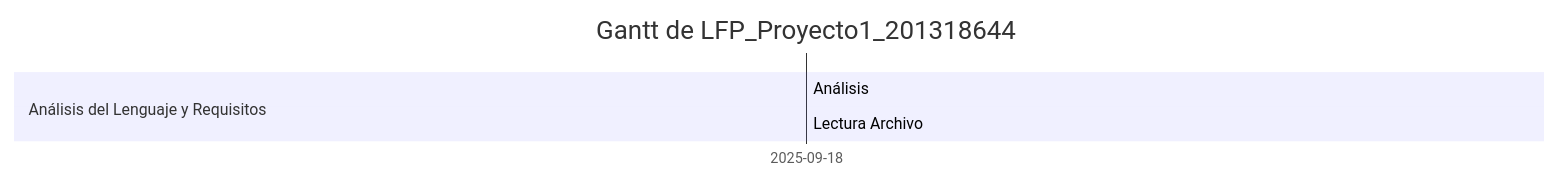
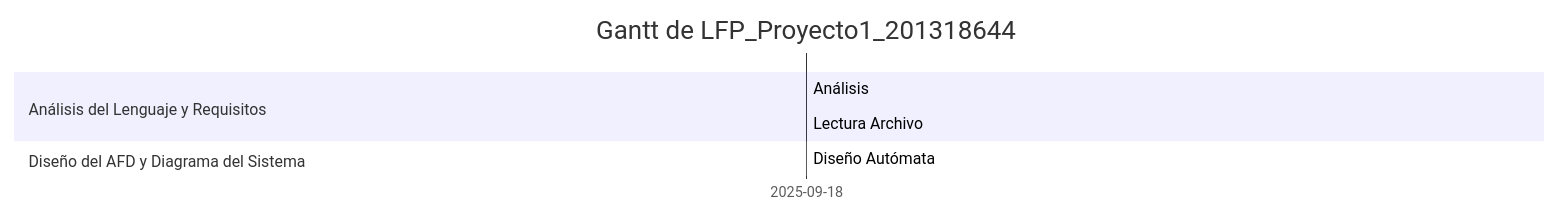
One commit to MynorCifuentes/TourneyJS changed the diagram in docs/gantt.md. Above: the diagram before and after it, drawn with Mermaid.

Commit message:
Actualiza diagrama de Gantt automático

````diff
--- a/docs/gantt.md
+++ b/docs/gantt.md
@@ -1,13 +1,14 @@
 ```mermaid
 gantt
     dateFormat  YYYY-MM-DD
     title Gantt de LFP_Proyecto1_201318644
     excludes    weekends
     section Análisis del Lenguaje y Requisitos
     Análisis :active, 2, 2025-09-18, 2025-09-18
     Lectura Archivo :active, 1, 2025-09-18, 2025-09-18
     section Diseño del AFD y Diagrama del Sistema
+    Diseño Autómata :active, 3, 2025-09-18, 2025-09-18
     section Implementación del Analizador Léxico
     section Generación de Salidas
     section Pruebas, Corrección y Documentación
 ```
````
